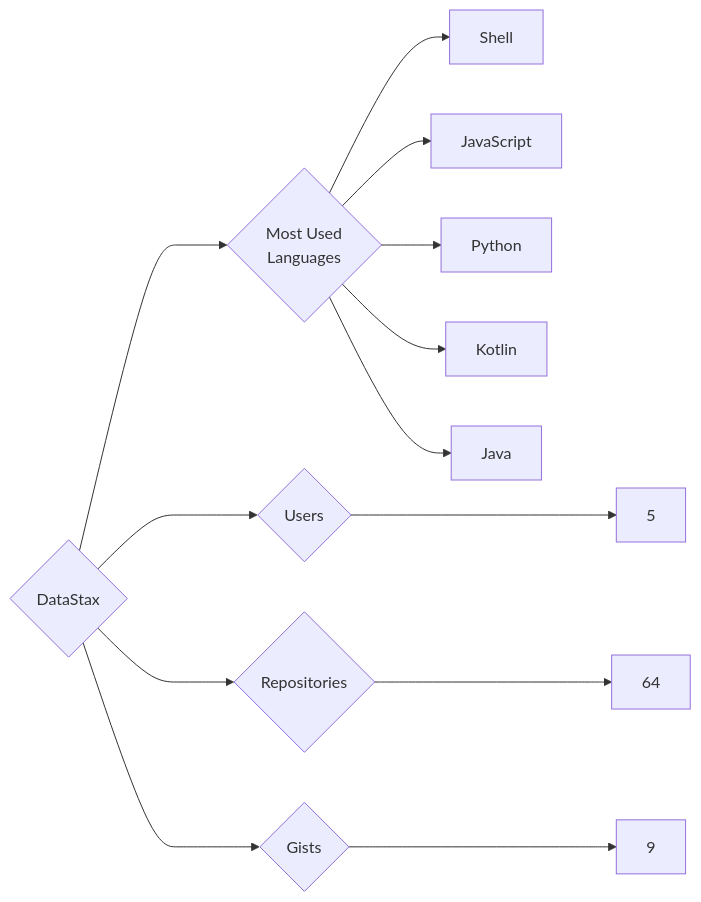
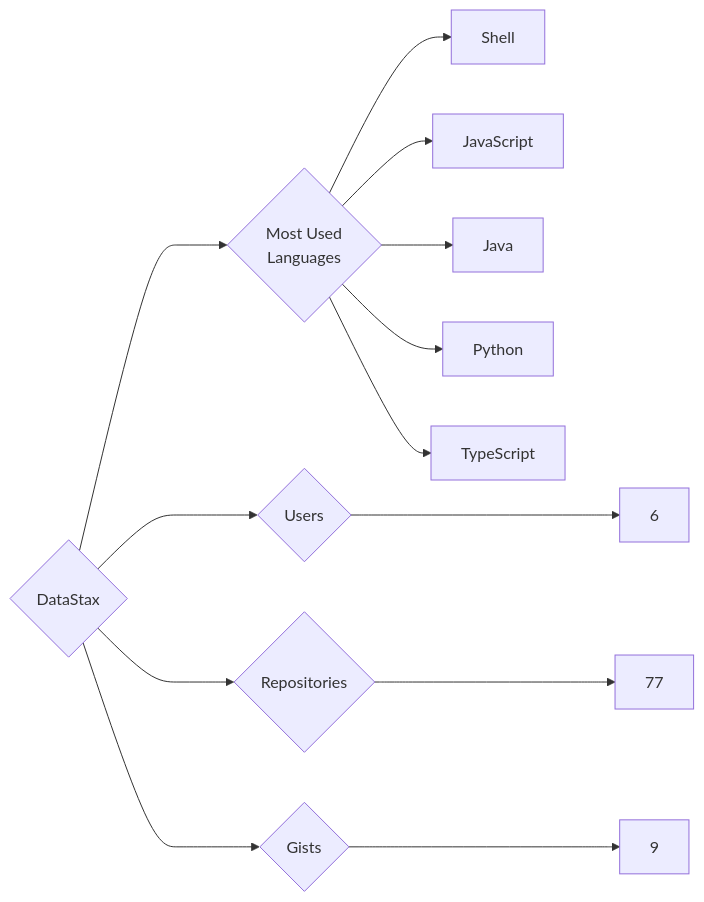
One commit to trickest/insiders changed the diagram in targets/DataStax/README.md. Above: the diagram before and after it, drawn with Mermaid. The commit also changed 1023 other files, not shown here.

````diff
--- a/targets/DataStax/README.md
+++ b/targets/DataStax/README.md
@@ -3,13 +3,13 @@
 ```mermaid
 graph LR
 COMPANY_NAME{DataStax}
-COMPANY_NAME ---> U{Users} ---> UN[5]
-COMPANY_NAME ---> R{Repositories} ---> RN[64]
+COMPANY_NAME ---> U{Users} ---> UN[6]
+COMPANY_NAME ---> R{Repositories} ---> RN[77]
 COMPANY_NAME ---> G{Gists} ---> GN[9]
 COMPANY_NAME ---> ML{Most Used<br>Languages}
 ML --> Shell[Shell]
 ML --> JavaScript[JavaScript]
+ML --> Java[Java]
 ML --> Python[Python]
-ML --> Kotlin[Kotlin]
-ML --> Java[Java]
+ML --> TypeScript[TypeScript]
 ```
````
